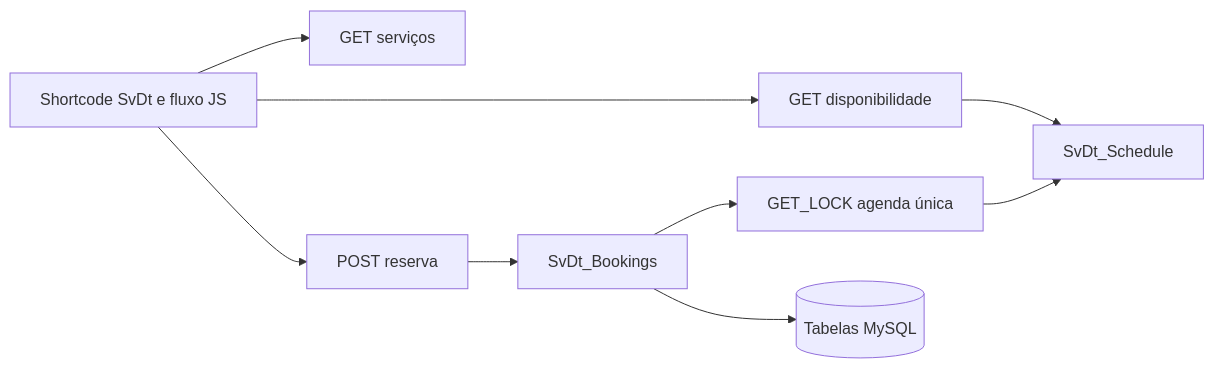
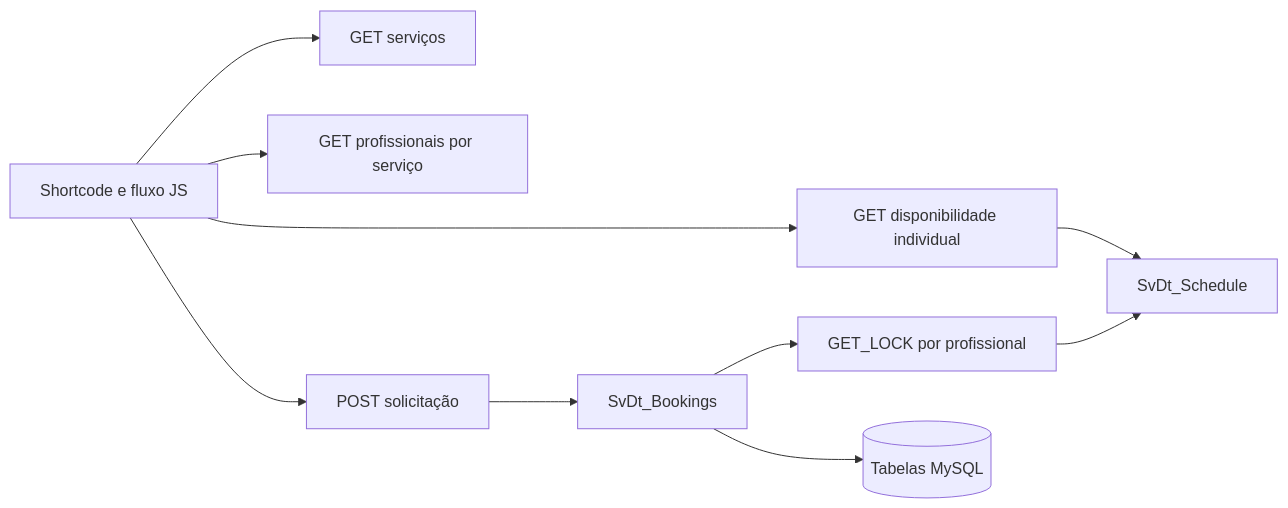
Before and after one commit to caiussord/SvDt: the diagram in docs/architecture.md, drawn with Mermaid. The commit also changed other lines of this file and 23 other files, not shown here.

````diff
--- a/docs/architecture.md
+++ b/docs/architecture.md
@@ -5,11 +5,12 @@
 ```mermaid
 flowchart LR
-  UI[Shortcode SvDt e fluxo JS] --> Services[GET serviços]
-  UI --> Slots[GET disponibilidade]
-  UI --> Create[POST reserva]
+  UI[Shortcode e fluxo JS] --> Services[GET serviços]
+  UI --> Professionals[GET profissionais por serviço]
+  UI --> Slots[GET disponibilidade individual]
+  UI --> Create[POST solicitação]
   Slots --> Schedule[SvDt_Schedule]
   Create --> Booking[SvDt_Bookings]
-  Booking --> Lock[GET_LOCK agenda única]
+  Booking --> Lock[GET_LOCK por profissional]
   Lock --> Schedule
   Booking --> DB[(Tabelas MySQL)]
 ```
````
